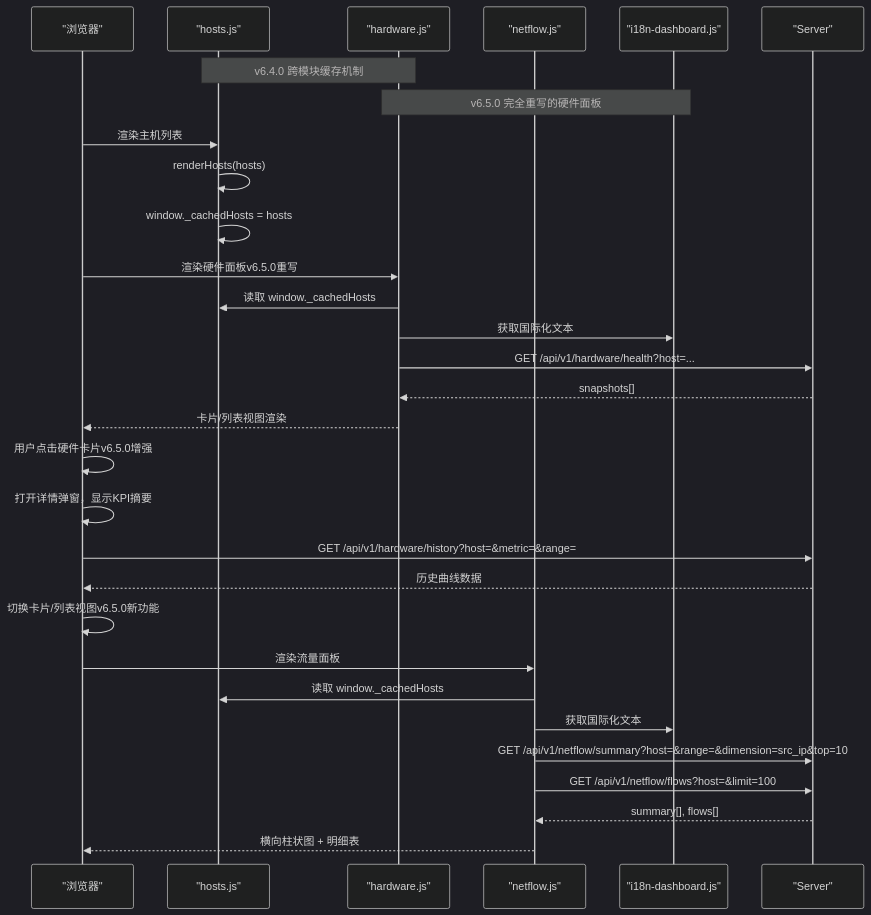
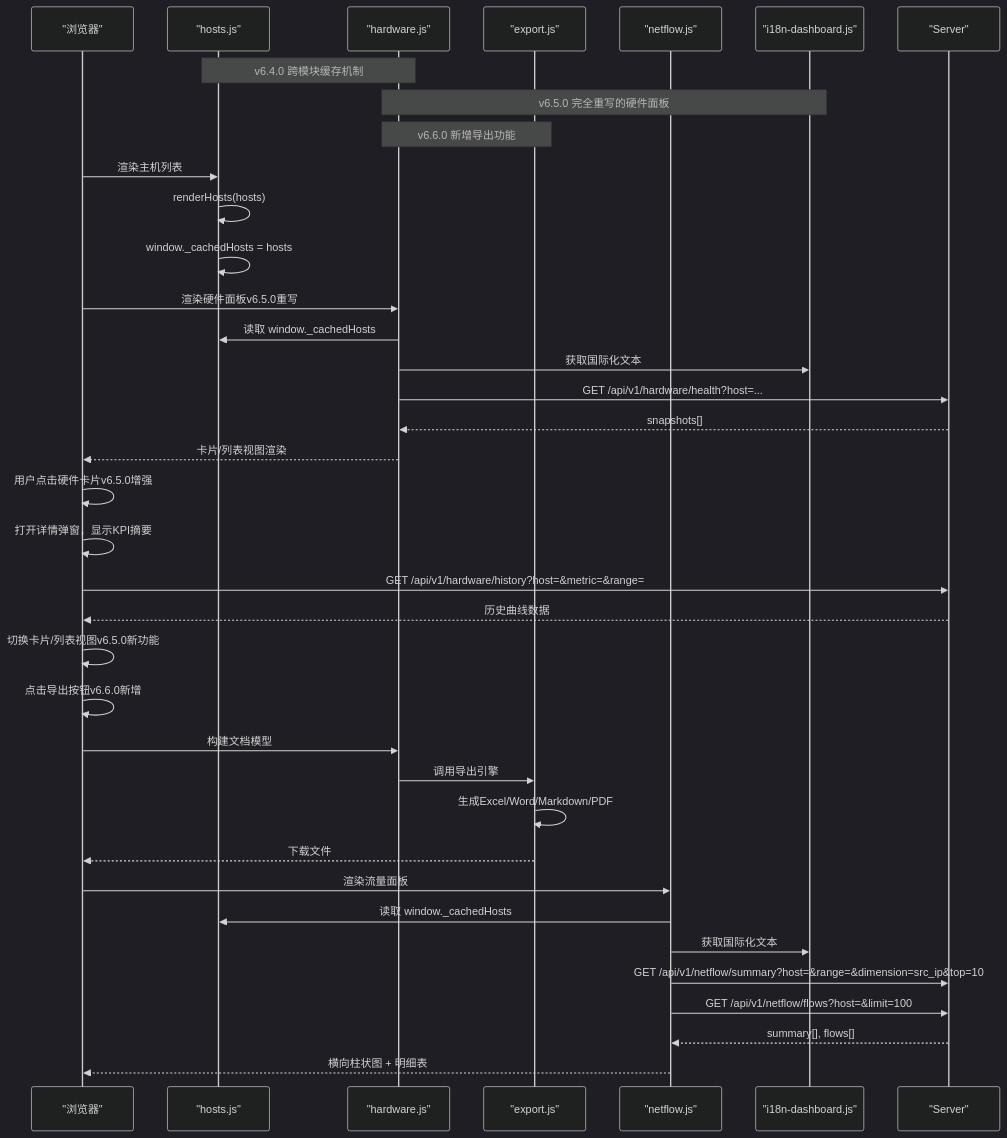
Before and after one commit to sreyun/aiops-monitor: the seventh of 11 diagrams in .qoder/repowiki/zh/content/核心功能/监控系统/硬件监控仪表板.md, drawn with Mermaid (dark theme). The commit also changed other lines of this file and 14 other files, not shown here.

````diff
--- a/.qoder/repowiki/zh/content/核心功能/监控系统/硬件监控仪表板.md
+++ b/.qoder/repowiki/zh/content/核心功能/监控系统/硬件监控仪表板.md
@@ -398,32 +423,39 @@
 ```mermaid
 sequenceDiagram
 participant UI as "浏览器"
 participant HostsJS as "hosts.js"
 participant HWJS as "hardware.js"
+participant ExportJS as "export.js"
 participant NFJS as "netflow.js"
 participant I18N as "i18n-dashboard.js"
 participant S as "Server"
 Note over HostsJS,HWJS : v6.4.0 跨模块缓存机制
 Note over HWJS,I18N : v6.5.0 完全重写的硬件面板
+Note over HWJS,ExportJS : v6.6.0 新增导出功能
 UI->>HostsJS : 渲染主机列表
 HostsJS->>HostsJS : renderHosts(hosts)
 HostsJS->>HostsJS : window._cachedHosts = hosts
 UI->>HWJS : 渲染硬件面板v6.5.0重写
 HWJS->>HostsJS : 读取 window._cachedHosts
 HWJS->>I18N : 获取国际化文本
 HWJS->>S : GET /api/v1/hardware/health?host=...
 S-->>HWJS : snapshots[]
 HWJS-->>UI : 卡片/列表视图渲染
 UI->>UI : 用户点击硬件卡片v6.5.0增强
 UI->>UI : 打开详情弹窗，显示KPI摘要
 UI->>S : GET /api/v1/hardware/history?host=&metric=&range=
 S-->>UI : 历史曲线数据
 UI->>UI : 切换卡片/列表视图v6.5.0新功能
+UI->>UI : 点击导出按钮v6.6.0新增
+UI->>HWJS : 构建文档模型
+HWJS->>ExportJS : 调用导出引擎
+ExportJS->>ExportJS : 生成Excel/Word/Markdown/PDF
+ExportJS-->>UI : 下载文件
 UI->>NFJS : 渲染流量面板
 NFJS->>HostsJS : 读取 window._cachedHosts
 NFJS->>I18N : 获取国际化文本
 NFJS->>S : GET /api/v1/netflow/summary?host=&range=&dimension=src_ip&top=10
 NFJS->>S : GET /api/v1/netflow/flows?host=&limit=100
 S-->>NFJS : summary[], flows[]
 NFJS-->>UI : 横向柱状图 + 明细表
 ```
````
